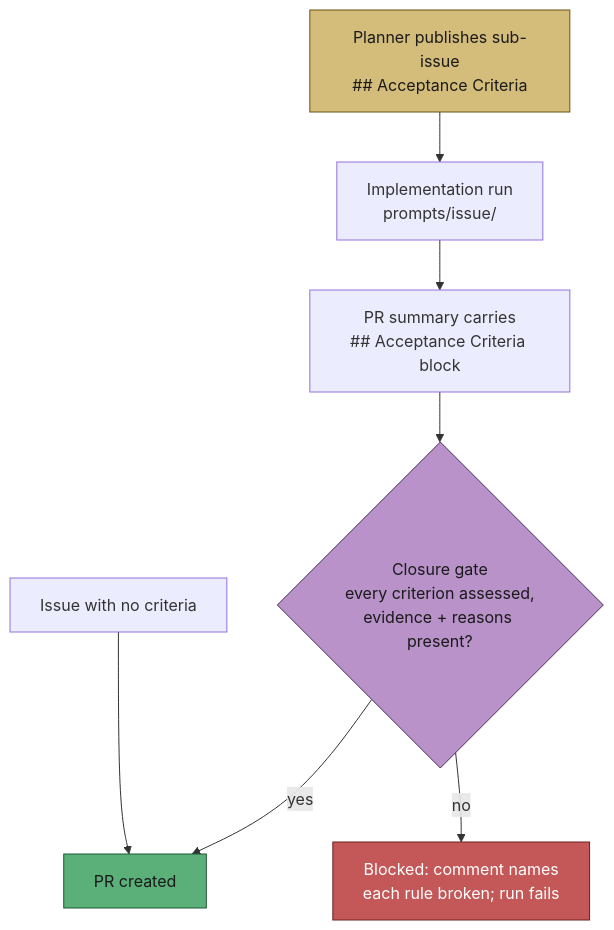
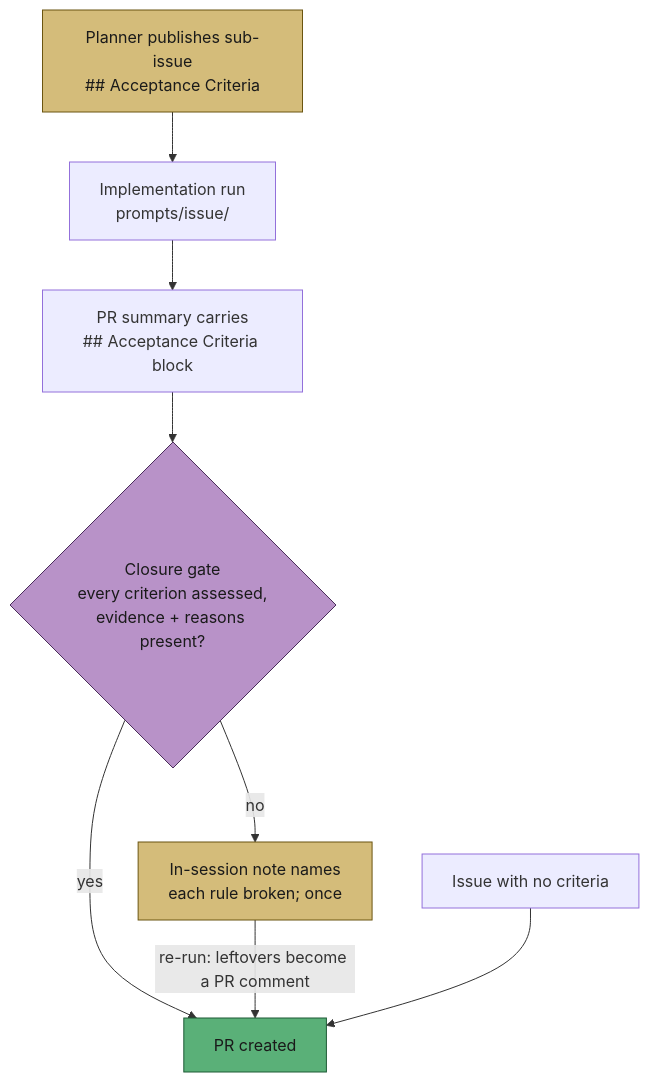
Diagram 13 of 17 in docs/workflows/issue-processing.md (stSoftwareAU/VibeCoder), drawn with Mermaid before and after one commit. The commit also changed other lines of this file and 1 other file, not shown here.

````diff
--- a/docs/workflows/issue-processing.md
+++ b/docs/workflows/issue-processing.md
@@ -1036,13 +1042,14 @@
 ```mermaid
 flowchart TD
     P["Planner publishes sub-issue<br/>## Acceptance Criteria"] --> I["Implementation run<br/>prompts/issue/"]
     I --> S["PR summary carries<br/>## Acceptance Criteria block"]
     S --> G{"Closure gate<br/>every criterion assessed,<br/>evidence + reasons present?"}
     G -->|yes| PR["PR created"]
-    G -->|no| B["Blocked: comment names<br/>each rule broken; run fails"]
+    G -->|no| B["In-session note names<br/>each rule broken; once"]
+    B -->|"re-run: leftovers become a PR comment"| PR
     N["Issue with no criteria"] --> PR
     style P fill:#d4bc7a,stroke:#6b5510,color:#1a1a1a
     style G fill:#b892c8,stroke:#4a2d5a,color:#1a1a1a
     style PR fill:#5ab078,stroke:#1d5a35,color:#1a1a1a
-    style B fill:#c45858,stroke:#6b2020,color:#fff
+    style B fill:#d4bc7a,stroke:#6b5510,color:#1a1a1a
 ```
````
